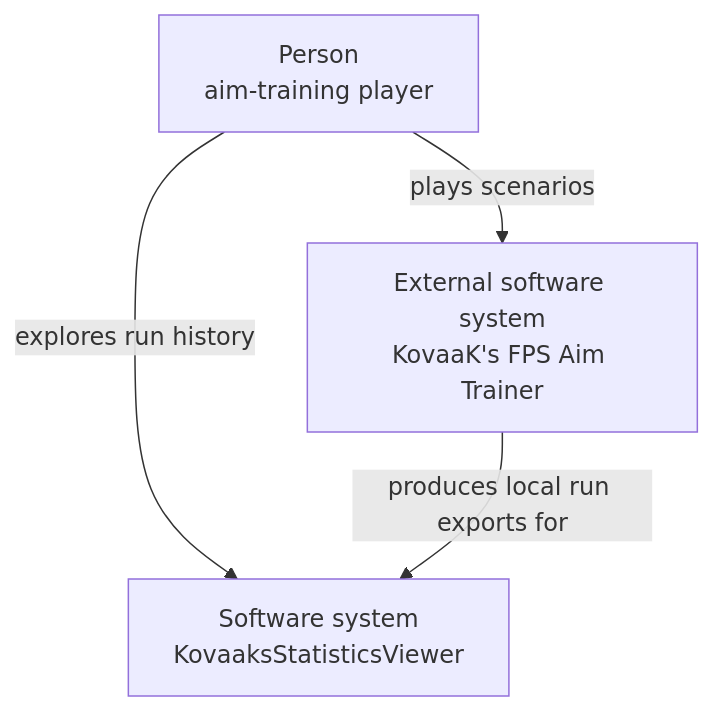
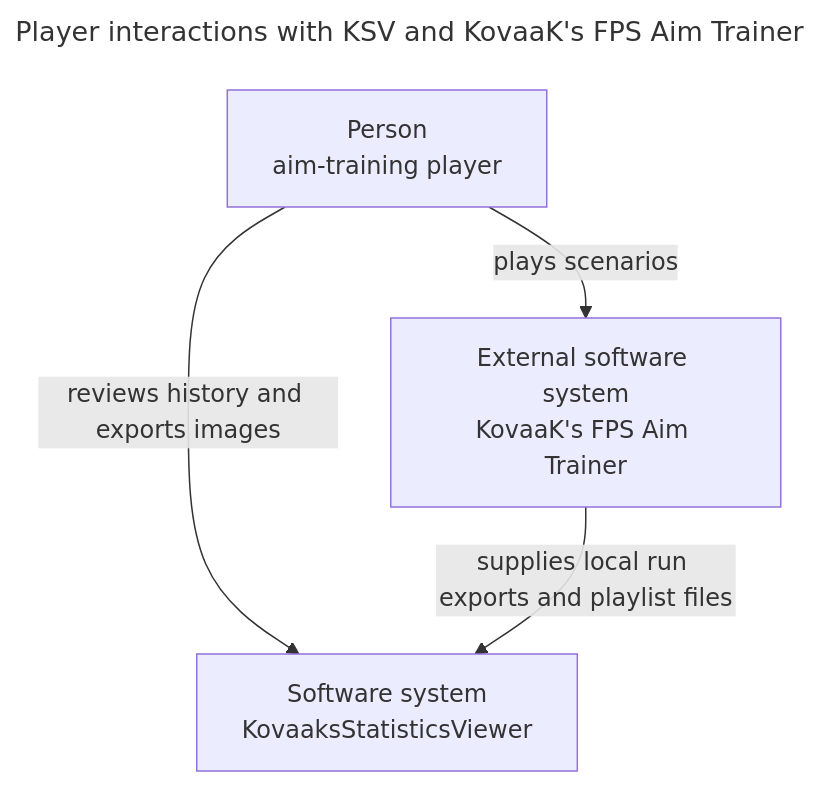
The first of 2 diagrams in docs/architecture/README.md (Leckatall/KovaaksStatisticsViewer), drawn with Mermaid before and after one commit. The commit also changed other lines of this file and 16 other files, not shown here.

Commit message:
docs: rebuild the architecture description from v1.0.0

````diff
--- a/docs/architecture/README.md
+++ b/docs/architecture/README.md
@@ -19,12 +19,15 @@
 ```mermaid
+---
+title: Player interactions with KSV and KovaaK's FPS Aim Trainer
+---
 flowchart TB
-    accTitle: KovaaksStatisticsViewer system context
-    accDescr: An aim-training player uses KovaaK's FPS Aim Trainer and KovaaksStatisticsViewer; KovaaK's produces local run exports that KSV imports.
+    accTitle: Player interactions with KSV and KovaaK's FPS Aim Trainer
+    accDescr: A player uses both KovaaK's FPS Aim Trainer and KSV; KSV imports the local files KovaaK's writes.
     User["Person<br/>aim-training player"]
     Trainer["External software system<br/>KovaaK's FPS Aim Trainer"]
     KSV["Software system<br/>KovaaksStatisticsViewer"]
 
     User -->|"plays scenarios"| Trainer
-    User -->|"explores run history"| KSV
-    Trainer -->|"produces local run exports for"| KSV
+    User -->|"reviews history and exports images"| KSV
+    Trainer -->|"supplies local run exports and playlist files"| KSV
 ```
````
